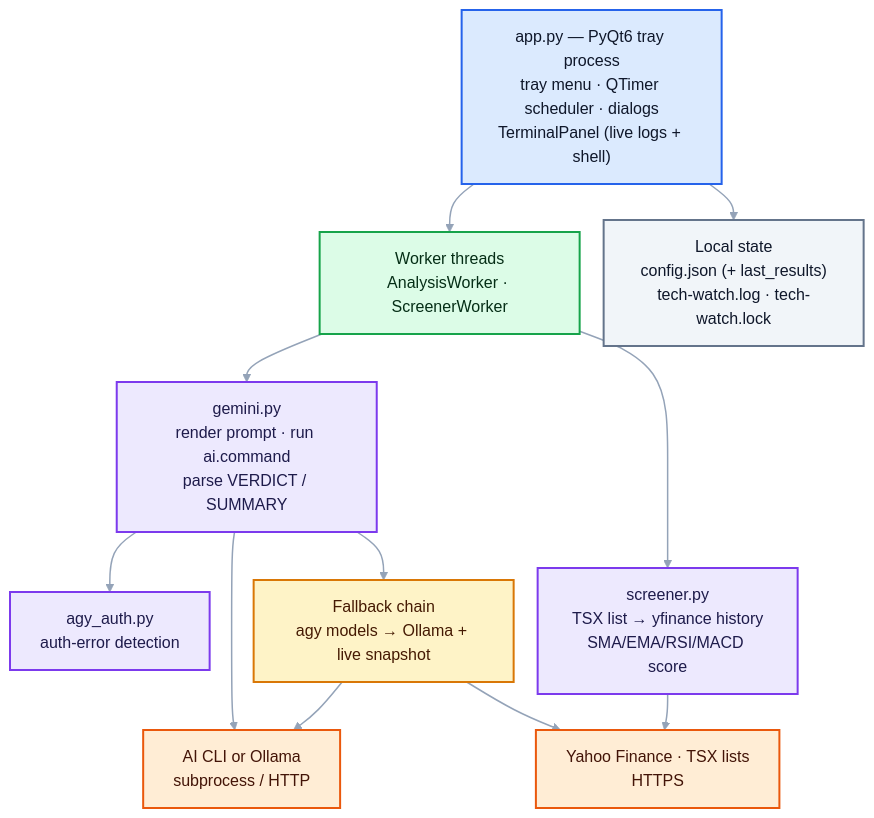
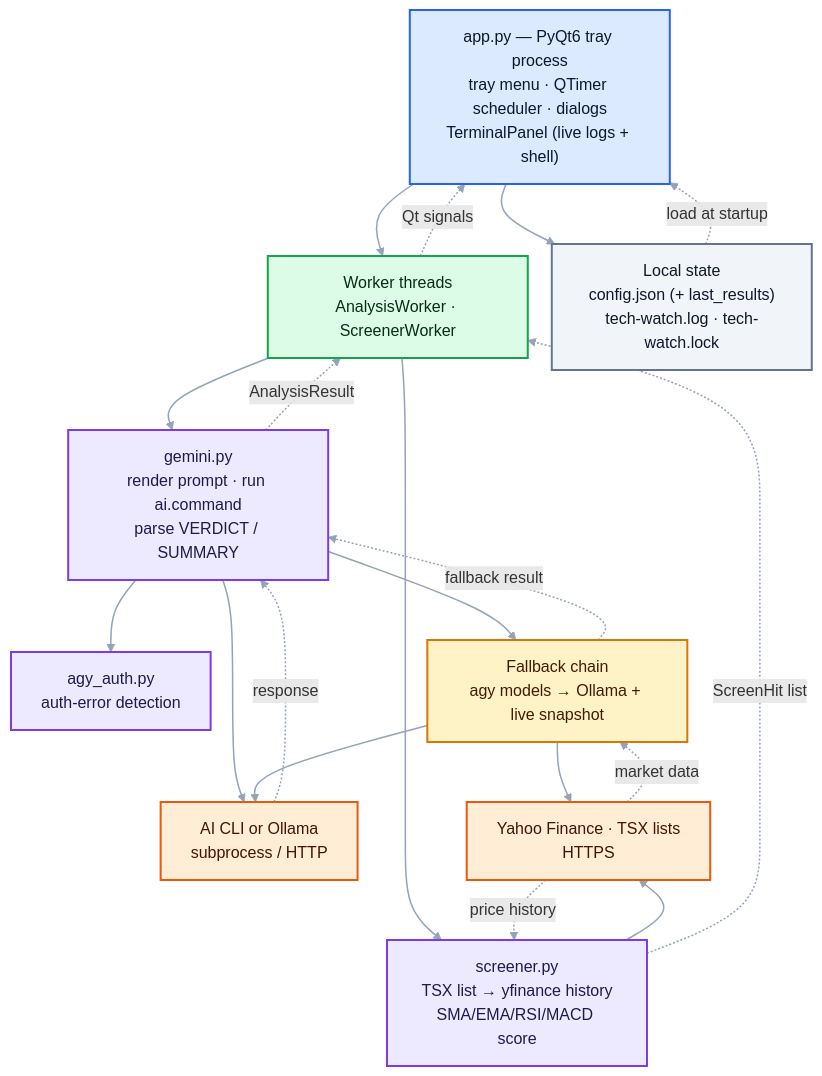
The diagram in docs/architecture.md (mistyron/tech-watch-tray), drawn with Mermaid before and after one commit. The commit also changed other lines of this file, not shown here.

First line of the commit message:
docs: architecture: add block descriptions and response flow

````diff
--- a/docs/architecture.md
+++ b/docs/architecture.md
@@ -7,39 +7,48 @@
 ```mermaid
 %%{init: {"flowchart": {"nodeSpacing": 24, "rankSpacing": 36}}}%%
 flowchart TB
     UI["app.py — PyQt6 tray process<br/>tray menu · QTimer scheduler · dialogs<br/>TerminalPanel (live logs + shell)"]
     WORK["Worker threads<br/>AnalysisWorker · ScreenerWorker"]
     AI["gemini.py<br/>render prompt · run ai.command<br/>parse VERDICT / SUMMARY"]
     AUTH["agy_auth.py<br/>auth-error detection"]
     FB["Fallback chain<br/>agy models → Ollama + live snapshot"]
     SCR["screener.py<br/>TSX list → yfinance history<br/>SMA/EMA/RSI/MACD score"]
     AIEXT["AI CLI or Ollama<br/>subprocess / HTTP"]
     DATAEXT["Yahoo Finance · TSX lists<br/>HTTPS"]
     STATE["Local state<br/>config.json (+ last_results)<br/>tech-watch.log · tech-watch.lock"]
 
     classDef ui fill:#dbeafe,stroke:#2563eb,stroke-width:2px,color:#0f172a
     classDef worker fill:#dcfce7,stroke:#16a34a,stroke-width:2px,color:#052e16
     classDef core fill:#ede9fe,stroke:#7c3aed,stroke-width:2px,color:#1e1b4b
     classDef fallback fill:#fef3c7,stroke:#d97706,stroke-width:2px,color:#451a03
     classDef external fill:#ffedd5,stroke:#ea580c,stroke-width:2px,color:#431407
     classDef state fill:#f1f5f9,stroke:#64748b,stroke-width:2px,color:#0f172a
 
     class UI ui
     class WORK worker
     class AI,AUTH,SCR core
     class FB fallback
     class AIEXT,DATAEXT external
     class STATE state
     linkStyle default stroke:#94a3b8,stroke-width:1.5px
 
     UI --> WORK
     UI --> STATE
     WORK --> AI
     WORK --> SCR
     AI --> AUTH
     AI --> FB
     AI --> AIEXT
     FB --> AIEXT
     FB --> DATAEXT
     SCR --> DATAEXT
+
+    AIEXT -.->|response| AI
+    DATAEXT -.->|market data| FB
+    DATAEXT -.->|price history| SCR
+    FB -.->|fallback result| AI
+    AI -.->|AnalysisResult| WORK
+    SCR -.->|ScreenHit list| WORK
+    WORK -.->|Qt signals| UI
+    STATE -.->|load at startup| UI
 ```
````
